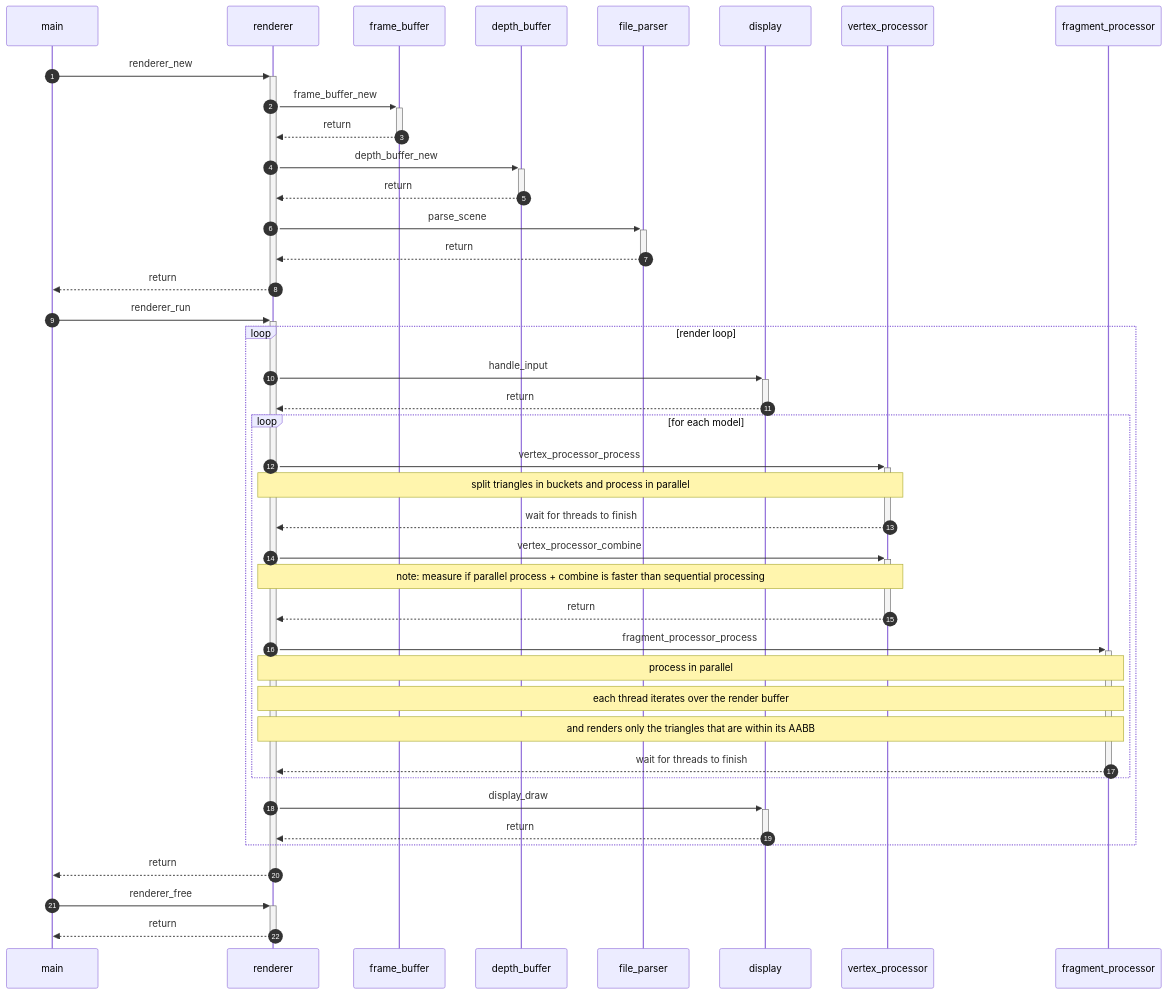
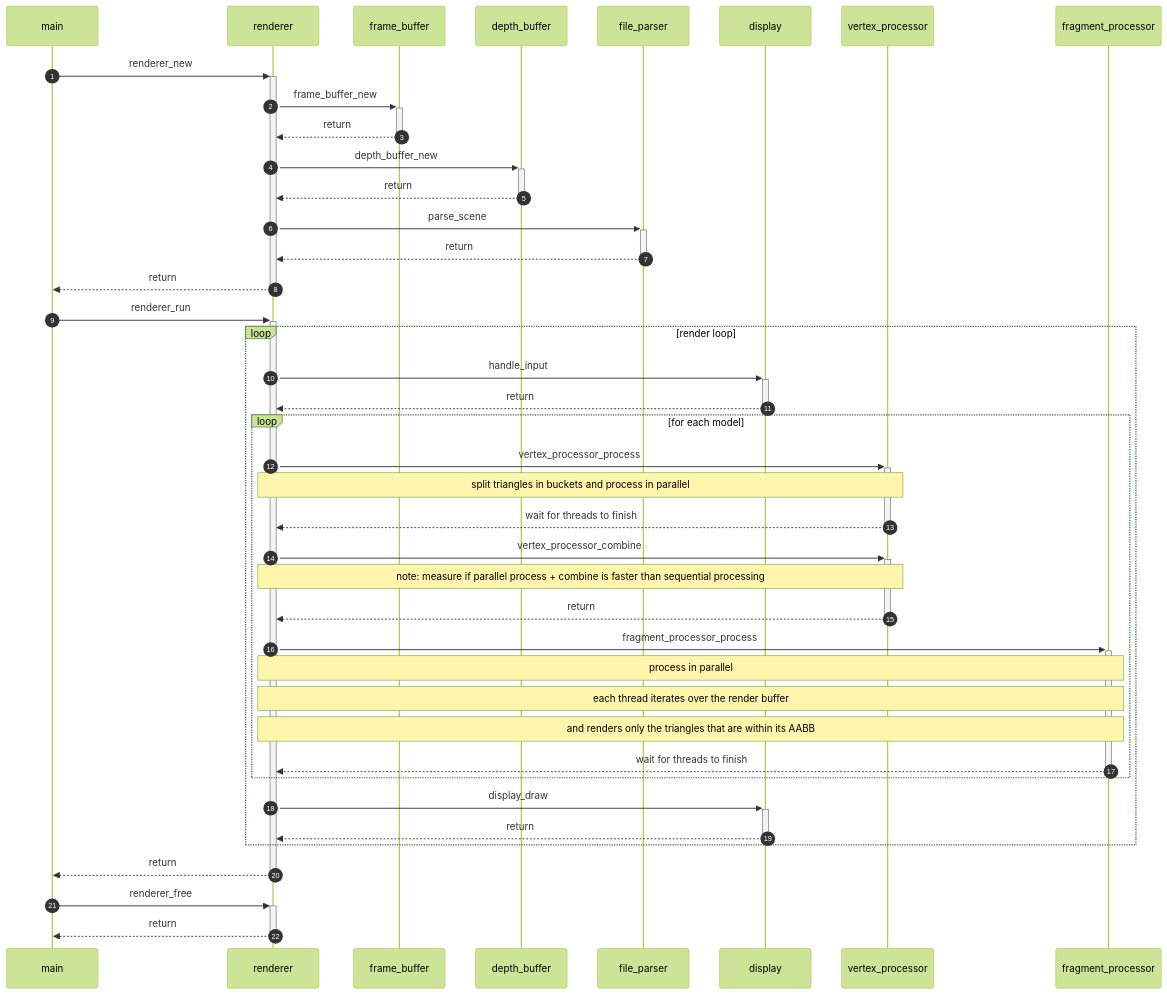
The diagram in README.md (marsp0/pbr-software-renderer), drawn with Mermaid before and after one commit. The commit also changed 7 other files, not shown here.

````diff
--- a/README.md
+++ b/README.md
@@ -15,52 +15,53 @@
 ``` mermaid
+%%{init: { 'theme':'forest' } }%%
 sequenceDiagram
     autonumber
     main ->>+ renderer: renderer_new
     
     renderer ->>+ frame_buffer: frame_buffer_new
     frame_buffer -->>- renderer: return
 
     renderer ->>+ depth_buffer: depth_buffer_new
     depth_buffer -->>- renderer: return
 
     renderer ->>+ file_parser: parse_scene 
     file_parser -->>- renderer: return
 
     renderer -->>- main: return
 
     main ->>+ renderer: renderer_run
 
     loop render loop
 
         renderer ->>+ display: handle_input
         display -->>- renderer: return
 
         loop for each model
 
             renderer ->>+ vertex_processor: vertex_processor_process
             note over vertex_processor, renderer: split triangles in buckets and process in parallel
             vertex_processor -->>- renderer: wait for threads to finish
 
             renderer ->>+ vertex_processor: vertex_processor_combine
             note over vertex_processor, renderer: note: measure if parallel process + combine is faster than sequential processing
             vertex_processor -->>- renderer: return
 
             renderer ->>+ fragment_processor: fragment_processor_process
             note over renderer, fragment_processor: process in parallel
             note over renderer, fragment_processor: each thread iterates over the render buffer
             note over renderer, fragment_processor: and renders only the triangles that are within its AABB
             fragment_processor -->>- renderer: wait for threads to finish
 
         end
 
         renderer ->>+ display: display_draw
         display -->>- renderer: return
 
     end
 
     renderer -->>- main: return
 
     main ->>+ renderer: renderer_free
     renderer -->>- main: return
 
 ```
````
